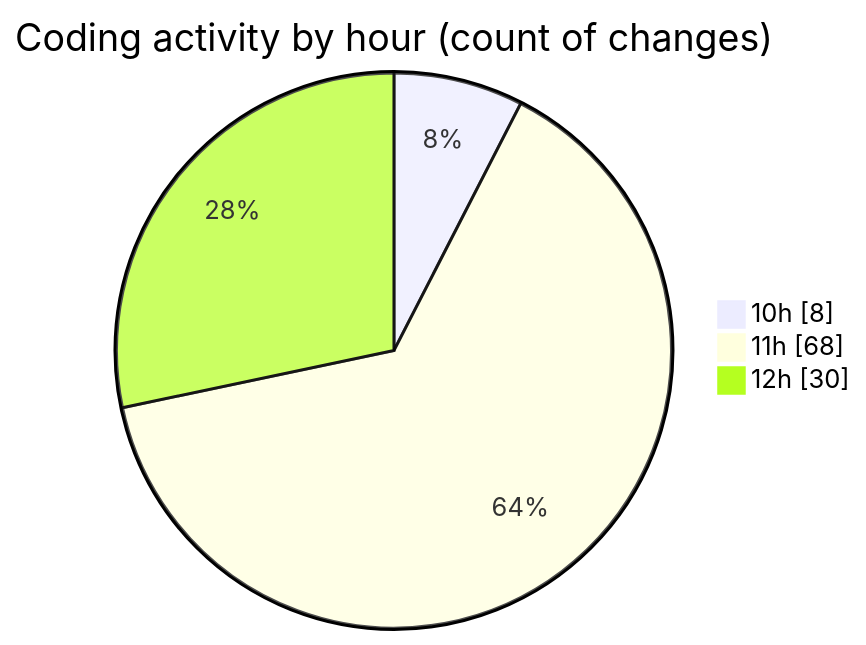
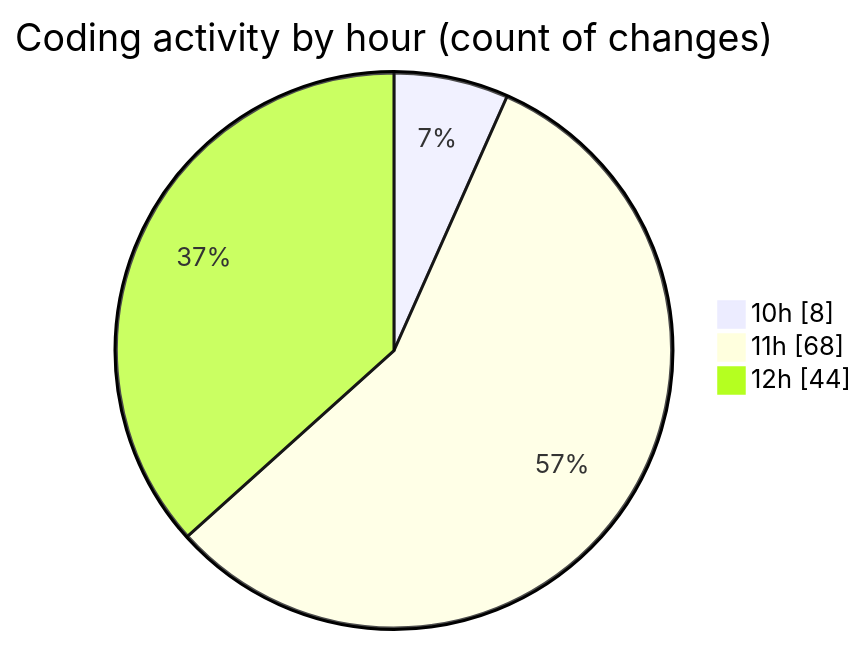
Before and after one commit to nxtqubesakshisongat/code-tracking: the second of 2 diagrams in 2025-08-22/nxtqube_webapp/README.md, drawn with Mermaid. The commit also changed other lines of this file and 1 other file, not shown here.

````diff
--- a/2025-08-22/nxtqube_webapp/README.md
+++ b/2025-08-22/nxtqube_webapp/README.md
@@ -28,7 +28,7 @@
 ```mermaid
 pie showData
 title Coding activity by hour (count of changes)
 "10h" : 8
 "11h" : 68
-"12h" : 30
+"12h" : 44
 ```
````
